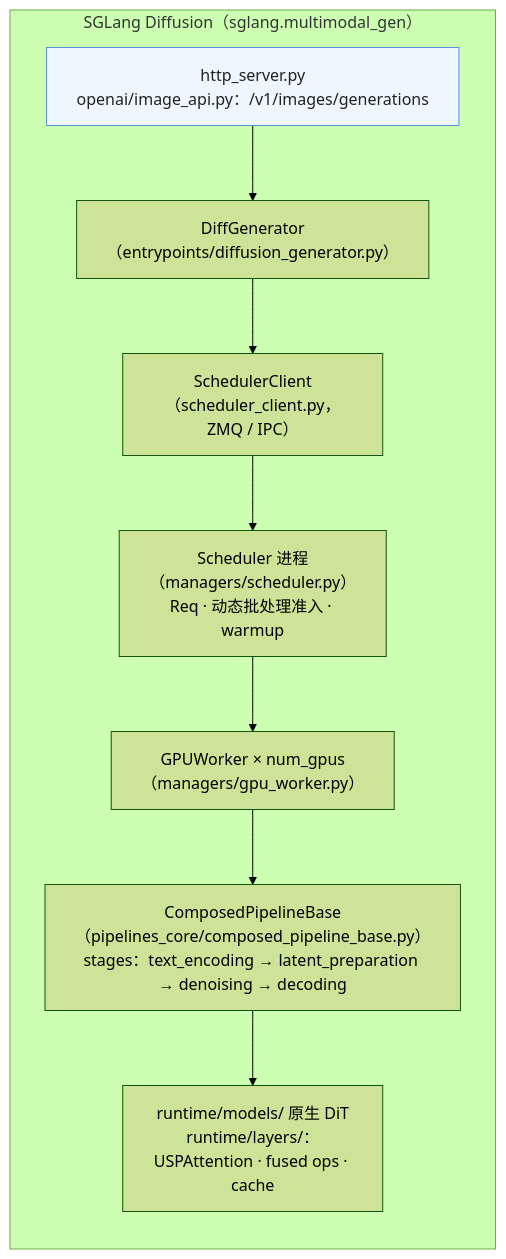
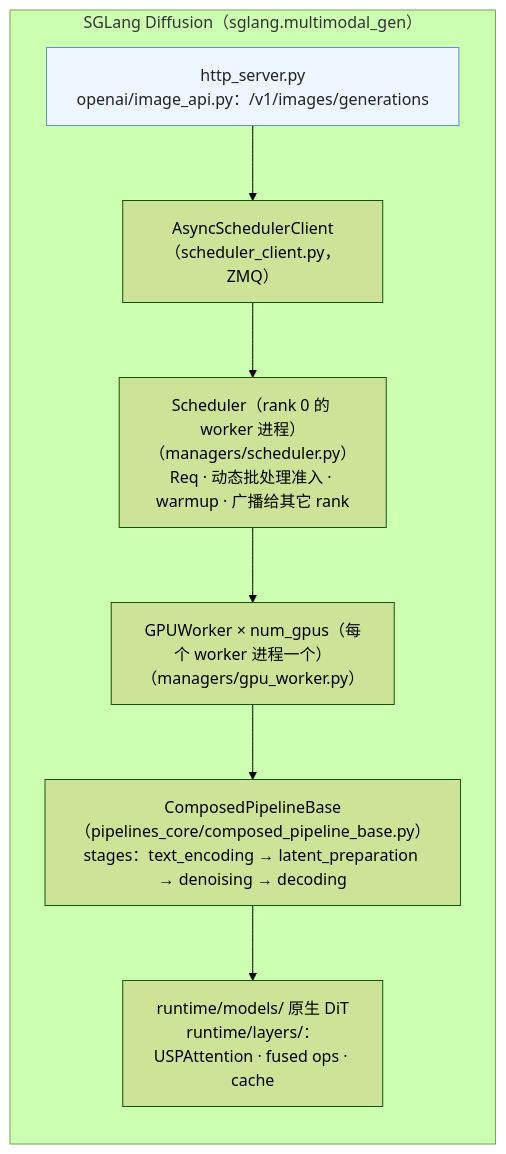
Before and after one commit to arganzheng/arganzheng.github.com: the first of 3 diagrams in _posts/2026-09-12-diffusion-engines-compared-sglang-diffusion-vllm-omni-xdit.md, drawn with Mermaid (forest theme). The commit also changed other lines of this file and 2 other files, not shown here.

First line of the commit message:
扩散推理 08 三引擎对照：两张进程结构图改 SVG + 嵌套列表，xDiT 调用树保留；按固定版本源码修正进程模型与类名

````diff
--- a/_posts/2026-09-12-diffusion-engines-compared-sglang-diffusion-vllm-omni-xdit.md
+++ b/_posts/2026-09-12-diffusion-engines-compared-sglang-diffusion-vllm-omni-xdit.md
@@ -22,19 +22,18 @@
 ```mermaid
-%% 图：SGLang Diffusion 的路径：http_server → DiffGenerator → SchedulerClient → Scheduler 进程 → GPUWorker → ComposedPipelineBase
+%% 图：SGLang Diffusion 的路径：http_server → AsyncSchedulerClient → rank 0 的 Scheduler → 每个 worker 进程的 GPUWorker → ComposedPipelineBase
 flowchart TB
     subgraph SG["SGLang Diffusion（sglang.multimodal_gen）"]
         direction TB
         SG1["http_server.py
-openai/image_api.py：/v1/images/generations"] --> SG2["DiffGenerator
-（entrypoints/diffusion_generator.py）"] --> SG3["SchedulerClient
-（scheduler_client.py，ZMQ / IPC）"] --> SG4["Scheduler 进程
+openai/image_api.py：/v1/images/generations"] --> SG3["AsyncSchedulerClient
+（scheduler_client.py，ZMQ）"] --> SG4["Scheduler（rank 0 的 worker 进程）
 （managers/scheduler.py）
-Req · 动态批处理准入 · warmup"] --> SG5["GPUWorker × num_gpus
+Req · 动态批处理准入 · warmup · 广播给其它 rank"] --> SG5["GPUWorker × num_gpus（每个 worker 进程一个）
 （managers/gpu_worker.py）"] --> SG6["ComposedPipelineBase
 （pipelines_core/composed_pipeline_base.py）
 stages：text_encoding → latent_preparation → denoising → decoding"] --> SG7["runtime/models/ 原生 DiT
 runtime/layers/：USPAttention · fused ops · cache"]
     end
     classDef sg fill:#eef6ff,stroke:#5b8fd6,color:#222
     class SG1 sg
 ```
````
